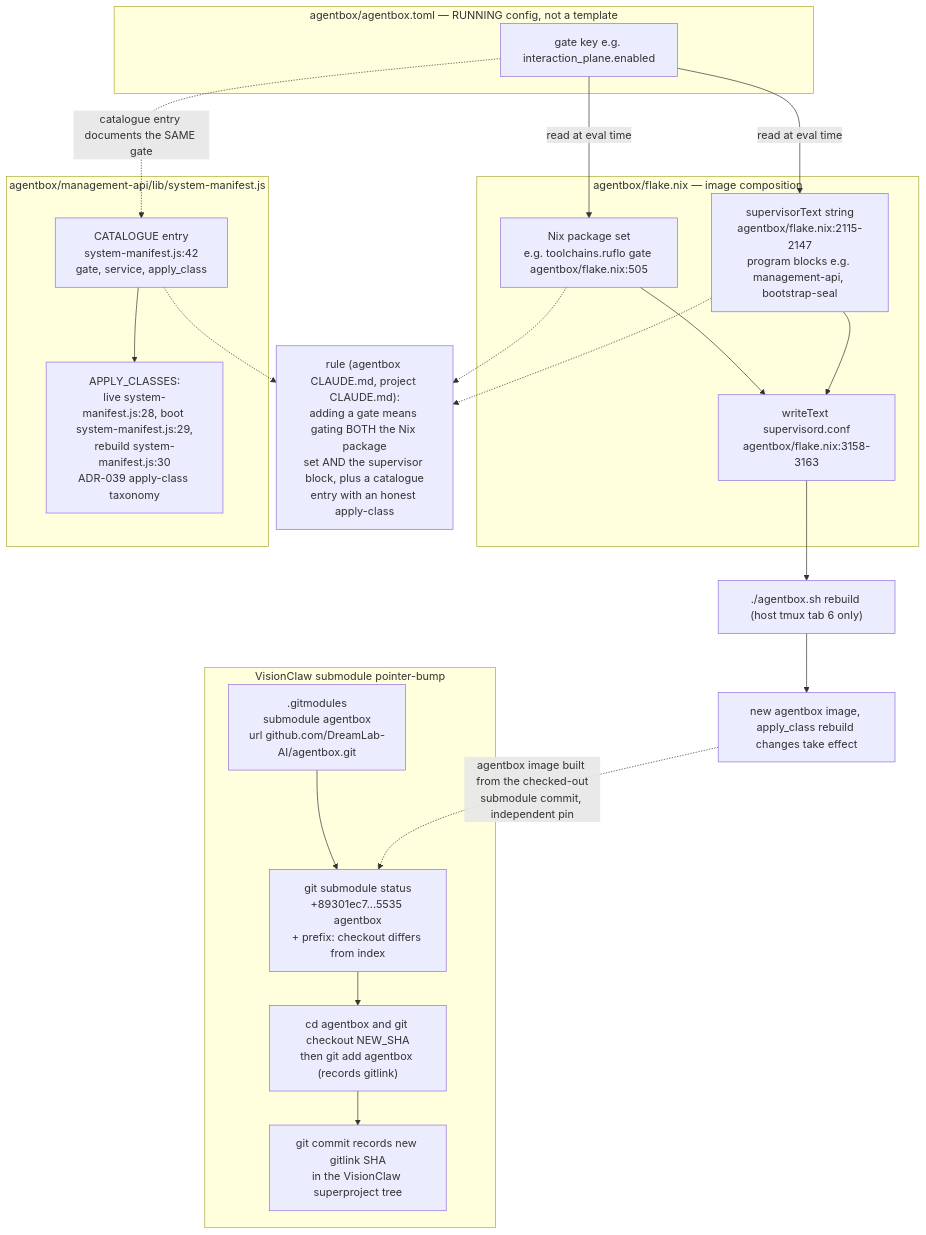
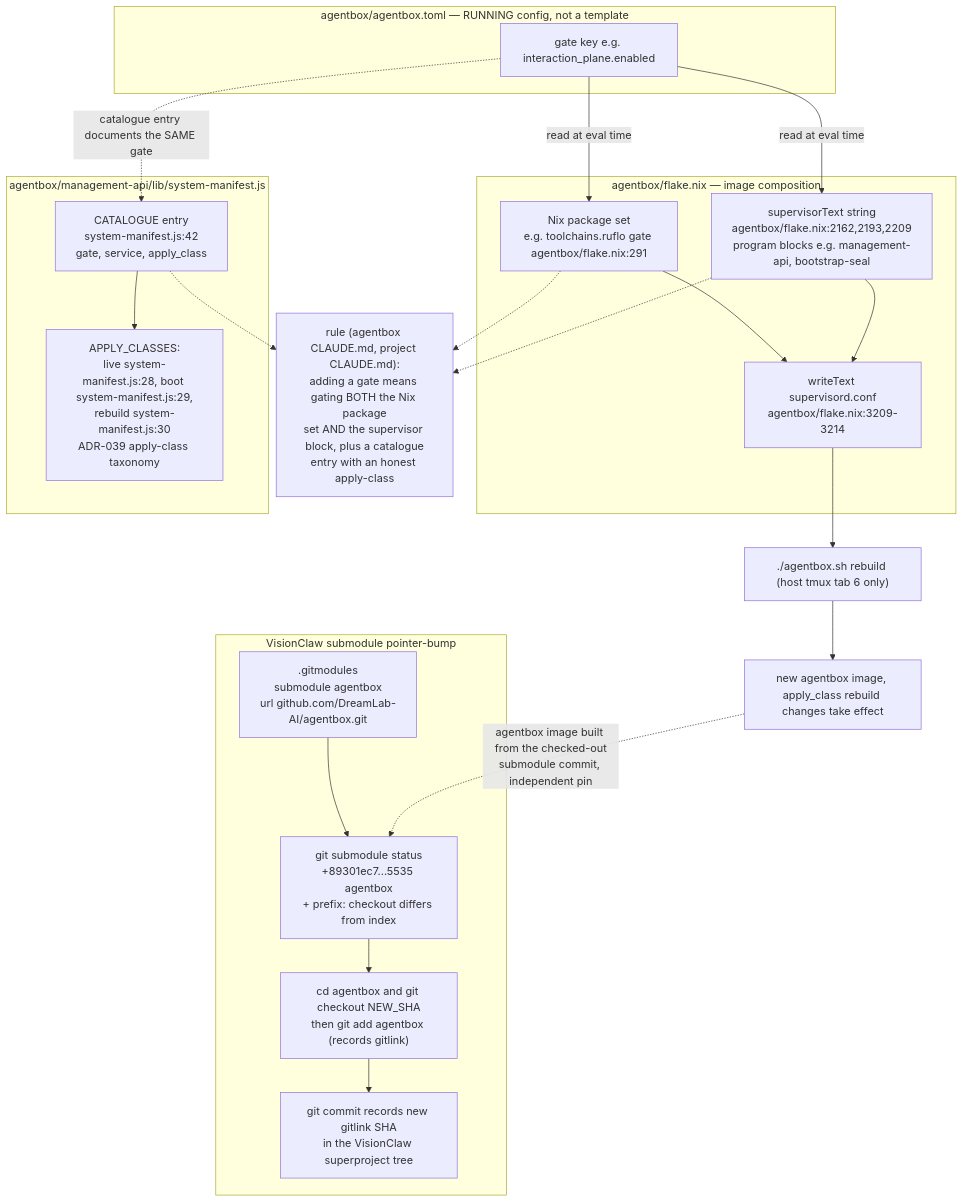
Before and after one commit to DreamLab-AI/VisionFlow: the tenth of 23 diagrams in docs/diagrams/estate/09-build-deploy-and-ci-estate.md, drawn with Mermaid. The commit also changed other lines of this file and 12 other files, not shown here.

````diff
--- a/docs/diagrams/estate/09-build-deploy-and-ci-estate.md
+++ b/docs/diagrams/estate/09-build-deploy-and-ci-estate.md
@@ -347,42 +347,42 @@
 ```mermaid
 flowchart TB
     subgraph FLAKE["agentbox/flake.nix — image composition"]
-        NIXPKG["Nix package set<br/>e.g. toolchains.ruflo gate agentbox/flake.nix:505"]
-        SUPTEXT["supervisorText string<br/>agentbox/flake.nix:2115-2147<br/>program blocks e.g. management-api, bootstrap-seal"]
-        SUPWRITE["writeText supervisord.conf<br/>agentbox/flake.nix:3158-3163"]
+        NIXPKG["Nix package set<br/>e.g. toolchains.ruflo gate agentbox/flake.nix:291"]
+        SUPTEXT["supervisorText string<br/>agentbox/flake.nix:2162,2193,2209<br/>program blocks e.g. management-api, bootstrap-seal"]
+        SUPWRITE["writeText supervisord.conf<br/>agentbox/flake.nix:3209-3214"]
     end
     subgraph TOML["agentbox/agentbox.toml — RUNNING config, not a template"]
         GATEKEY["gate key e.g. interaction_plane.enabled"]
     end
     subgraph MANIFEST["agentbox/management-api/lib/system-manifest.js"]
         CATALOGUE["CATALOGUE entry<br/>system-manifest.js:42<br/>gate, service, apply_class"]
         APPLYCLASS["APPLY_CLASSES:<br/>live system-manifest.js:28, boot system-manifest.js:29,<br/>rebuild system-manifest.js:30<br/>ADR-039 apply-class taxonomy"]
     end
 
     GATEKEY -->|"read at eval time"| NIXPKG
     GATEKEY -->|"read at eval time"| SUPTEXT
     NIXPKG --> SUPWRITE
     SUPTEXT --> SUPWRITE
     GATEKEY -.->|"catalogue entry documents the SAME gate"| CATALOGUE
     CATALOGUE --> APPLYCLASS
 
     RULE["rule (agentbox CLAUDE.md, project CLAUDE.md):<br/>adding a gate means gating BOTH the Nix package<br/>set AND the supervisor block, plus a catalogue<br/>entry with an honest apply-class"]
     NIXPKG -.-> RULE
     SUPTEXT -.-> RULE
     CATALOGUE -.-> RULE
 
     REBUILD["./agentbox.sh rebuild (host tmux tab 6 only)"]
     SUPWRITE --> REBUILD
     REBUILD --> IMAGE["new agentbox image, apply_class rebuild changes take effect"]
 
     subgraph SUBMOD["VisionClaw submodule pointer-bump"]
         GITMODULES[".gitmodules<br/>submodule agentbox<br/>url github.com/DreamLab-AI/agentbox.git"]
         SUBSTATUS["git submodule status<br/>+89301ec7...5535 agentbox<br/>+ prefix: checkout differs from index"]
         SUBUPDATE["cd agentbox and git checkout NEW_SHA<br/>then git add agentbox (records gitlink)"]
         SUBCOMMIT["git commit records new gitlink SHA<br/>in the VisionClaw superproject tree"]
     end
     GITMODULES --> SUBSTATUS
     SUBSTATUS --> SUBUPDATE
     SUBUPDATE --> SUBCOMMIT
     IMAGE -.->|"agentbox image built from the checked-out<br/>submodule commit, independent pin"| SUBSTATUS
 ```
````
